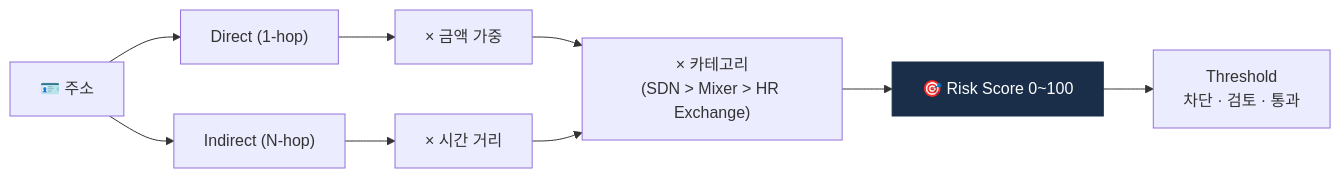
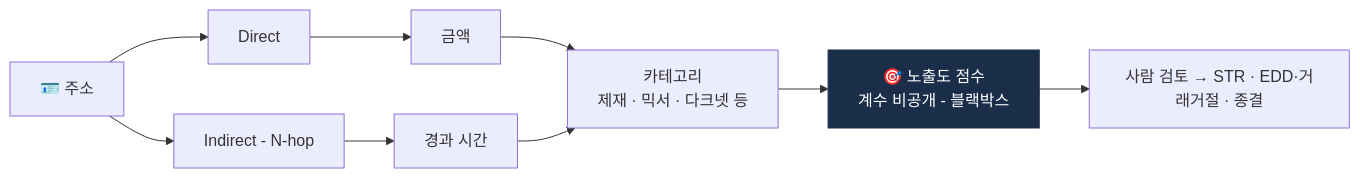
One commit to lala-david/aml-notes changed the first of 2 diagrams in curriculum/day_33.md. Above: the diagram before and after it, drawn with Mermaid. The commit also changed other lines of this file and 233 other files, not shown here.

````diff
--- a/curriculum/day_33.md
+++ b/curriculum/day_33.md
@@ -13,11 +18,11 @@
 ```mermaid
 flowchart LR
-    W["🪪 주소"] --> D["Direct (1-hop)"]
-    W --> I["Indirect (N-hop)"]
-    D --> W1["× 금액 가중"]
-    I --> W2["× 시간 거리"]
-    W1 & W2 --> C["× 카테고리<br/>(SDN > Mixer > HR Exchange)"]
-    C --> S["🎯 Risk Score 0~100"]
-    S --> A["Threshold<br/>차단 · 검토 · 통과"]
+    W["🪪 주소"] --> D["Direct"]
+    W --> I["Indirect - N-hop"]
+    D --> W1["금액"]
+    I --> W2["경과 시간"]
+    W1 & W2 --> C["카테고리<br/>제재 · 믹서 · 다크넷 등"]
+    C --> S["🎯 노출도 점수<br/>계수 비공개 - 블랙박스"]
+    S --> A["사람 검토 → STR · EDD·거래거절 · 종결"]
     style S fill:#1a2e4a,color:#fff,stroke:#1a2e4a
 ```
````
